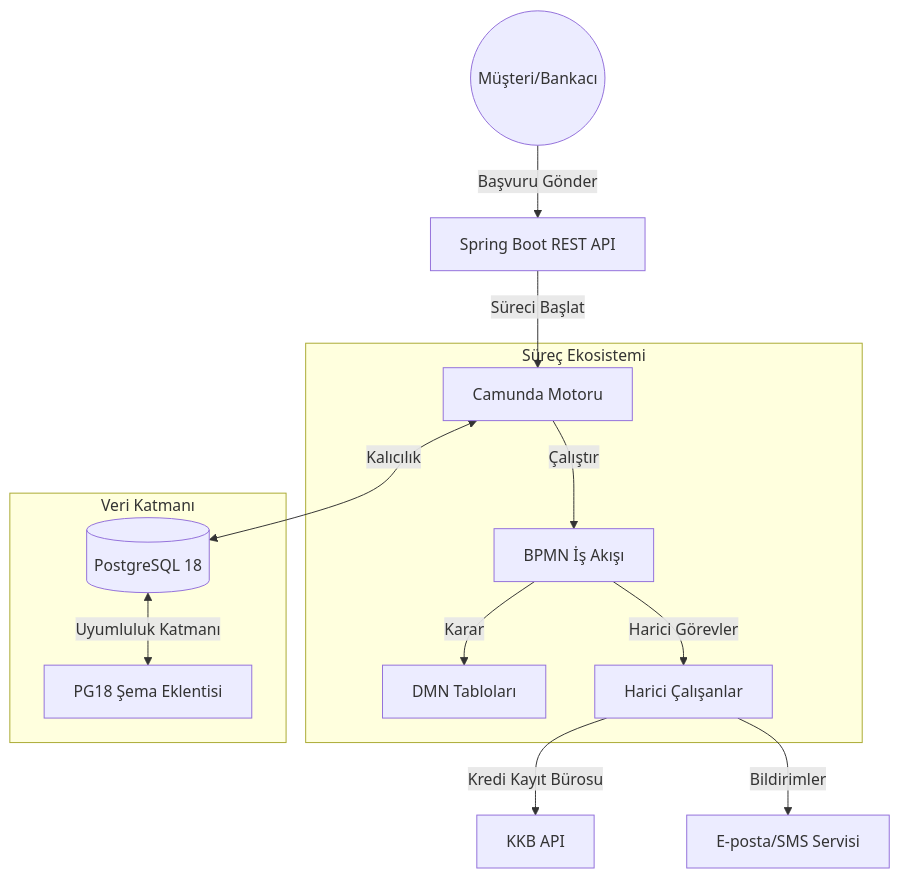
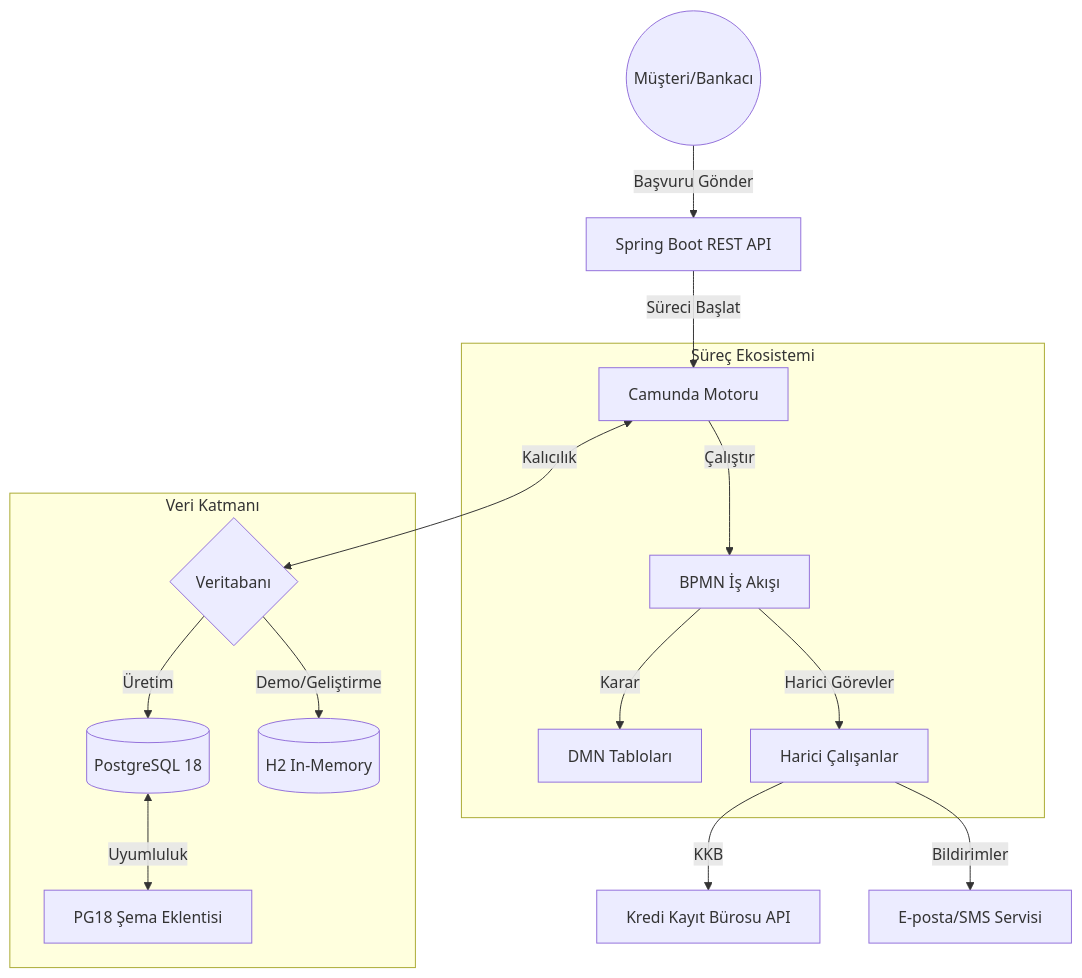
The third of 4 diagrams in README.md (unknown1fsh/camunda-credit-approval-system), drawn with Mermaid before and after one commit. The commit also changed other lines of this file and 4 other files, not shown here.

Commit message:
feat: add dual database support (H2 + PostgreSQL 18) with Spring profiles

````diff
--- a/README.md
+++ b/README.md
@@ -122,19 +137,21 @@
 ```mermaid
 graph TD
     User((Müşteri/Bankacı)) -->|Başvuru Gönder| API[Spring Boot REST API]
     API -->|Süreci Başlat| Engine[Camunda Motoru]
     
     subgraph "Süreç Ekosistemi"
         Engine -->|Çalıştır| BPMN[BPMN İş Akışı]
         BPMN -->|Karar| DMN[DMN Tabloları]
         BPMN -->|Harici Görevler| Workers[Harici Çalışanlar]
     end
     
     subgraph "Veri Katmanı"
-        Engine <-->|Kalıcılık| DB[(PostgreSQL 18)]
-        DB <-->|Uyumluluk Katmanı| PG18Fix[PG18 Şema Eklentisi]
+        Engine <-->|Kalıcılık| DB{Veritabanı}
+        DB -->|Üretim| PG[(PostgreSQL 18)]
+        DB -->|Demo/Geliştirme| H2[(H2 In-Memory)]
+        PG <-->|Uyumluluk| PG18Fix[PG18 Şema Eklentisi]
     end
     
-    Workers -->|Kredi Kayıt Bürosu| CB[KKB API]
+    Workers -->|KKB| CB[Kredi Kayıt Bürosu API]
     Workers -->|Bildirimler| Email[E-posta/SMS Servisi]
 ```
````
